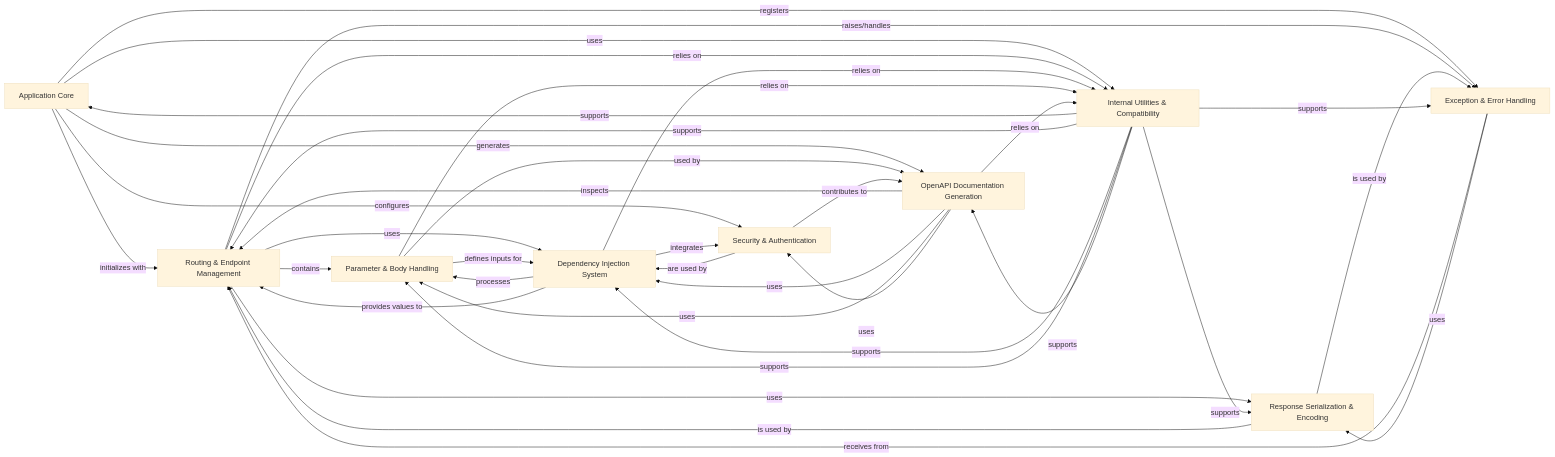
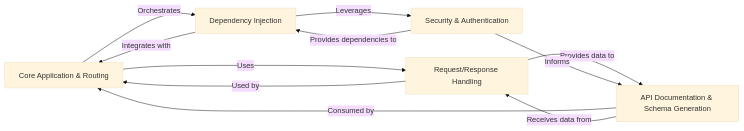
The diagram in fastapi/on_boarding.md (CodeBoarding/GeneratedOnBoardings), drawn with Mermaid (base theme) before and after one commit. The commit also changed other lines of this file and 13 other files, not shown here.

````diff
--- a/fastapi/on_boarding.md
+++ b/fastapi/on_boarding.md
@@ -1,56 +1,22 @@
 ```mermaid
 graph LR
-    Application_Core["Application Core"]
-    Routing_Endpoint_Management["Routing & Endpoint Management"]
-    Dependency_Injection_System["Dependency Injection System"]
-    Parameter_Body_Handling["Parameter & Body Handling"]
+    Core_Application_Routing["Core Application & Routing"]
+    Request_Response_Handling["Request/Response Handling"]
+    Dependency_Injection["Dependency Injection"]
     Security_Authentication["Security & Authentication"]
-    OpenAPI_Documentation_Generation["OpenAPI Documentation Generation"]
-    Response_Serialization_Encoding["Response Serialization & Encoding"]
-    Exception_Error_Handling["Exception & Error Handling"]
-    Internal_Utilities_Compatibility["Internal Utilities & Compatibility"]
-    Application_Core -- "initializes with" --> Routing_Endpoint_Management
-    Application_Core -- "generates" --> OpenAPI_Documentation_Generation
-    Application_Core -- "registers" --> Exception_Error_Handling
-    Application_Core -- "configures" --> Security_Authentication
-    Application_Core -- "uses" --> Internal_Utilities_Compatibility
-    Routing_Endpoint_Management -- "contains" --> Parameter_Body_Handling
-    Routing_Endpoint_Management -- "uses" --> Dependency_Injection_System
-    Routing_Endpoint_Management -- "uses" --> Response_Serialization_Encoding
-    Routing_Endpoint_Management -- "raises/handles" --> Exception_Error_Handling
-    Routing_Endpoint_Management -- "relies on" --> Internal_Utilities_Compatibility
-    Dependency_Injection_System -- "processes" --> Parameter_Body_Handling
-    Dependency_Injection_System -- "integrates" --> Security_Authentication
-    Dependency_Injection_System -- "provides values to" --> Routing_Endpoint_Management
-    Dependency_Injection_System -- "relies on" --> Internal_Utilities_Compatibility
-    Parameter_Body_Handling -- "defines inputs for" --> Dependency_Injection_System
-    Parameter_Body_Handling -- "used by" --> OpenAPI_Documentation_Generation
-    Parameter_Body_Handling -- "relies on" --> Internal_Utilities_Compatibility
-    Security_Authentication -- "are used by" --> Dependency_Injection_System
-    Security_Authentication -- "contributes to" --> OpenAPI_Documentation_Generation
-    OpenAPI_Documentation_Generation -- "inspects" --> Routing_Endpoint_Management
-    OpenAPI_Documentation_Generation -- "uses" --> Dependency_Injection_System
-    OpenAPI_Documentation_Generation -- "uses" --> Parameter_Body_Handling
-    OpenAPI_Documentation_Generation -- "uses" --> Security_Authentication
-    OpenAPI_Documentation_Generation -- "relies on" --> Internal_Utilities_Compatibility
-    Response_Serialization_Encoding -- "is used by" --> Routing_Endpoint_Management
-    Response_Serialization_Encoding -- "is used by" --> Exception_Error_Handling
-    Exception_Error_Handling -- "receives from" --> Routing_Endpoint_Management
-    Exception_Error_Handling -- "uses" --> Response_Serialization_Encoding
-    Internal_Utilities_Compatibility -- "supports" --> Application_Core
-    Internal_Utilities_Compatibility -- "supports" --> Routing_Endpoint_Management
-    Internal_Utilities_Compatibility -- "supports" --> Dependency_Injection_System
-    Internal_Utilities_Compatibility -- "supports" --> Parameter_Body_Handling
-    Internal_Utilities_Compatibility -- "supports" --> OpenAPI_Documentation_Generation
-    Internal_Utilities_Compatibility -- "supports" --> Response_Serialization_Encoding
-    Internal_Utilities_Compatibility -- "supports" --> Exception_Error_Handling
-    click Application_Core href "https://github.com/CodeBoarding/GeneratedOnBoardings/blob/main/fastapi/Application Core.md" "Details"
-    click Routing_Endpoint_Management href "https://github.com/CodeBoarding/GeneratedOnBoardings/blob/main/fastapi/Routing & Endpoint Management.md" "Details"
-    click Dependency_Injection_System href "https://github.com/CodeBoarding/GeneratedOnBoardings/blob/main/fastapi/Dependency Injection System.md" "Details"
-    click Parameter_Body_Handling href "https://github.com/CodeBoarding/GeneratedOnBoardings/blob/main/fastapi/Parameter & Body Handling.md" "Details"
-    click Security_Authentication href "https://github.com/CodeBoarding/GeneratedOnBoardings/blob/main/fastapi/Security & Authentication.md" "Details"
-    click OpenAPI_Documentation_Generation href "https://github.com/CodeBoarding/GeneratedOnBoardings/blob/main/fastapi/OpenAPI Documentation Generation.md" "Details"
-    click Response_Serialization_Encoding href "https://github.com/CodeBoarding/GeneratedOnBoardings/blob/main/fastapi/Response Serialization & Encoding.md" "Details"
-    click Exception_Error_Handling href "https://github.com/CodeBoarding/GeneratedOnBoardings/blob/main/fastapi/Exception & Error Handling.md" "Details"
-    click Internal_Utilities_Compatibility href "https://github.com/CodeBoarding/GeneratedOnBoardings/blob/main/fastapi/Internal Utilities & Compatibility.md" "Details"
+    API_Documentation_Schema_Generation["API Documentation & Schema Generation"]
+    Core_Application_Routing -- "Uses" --> Request_Response_Handling
+    Core_Application_Routing -- "Orchestrates" --> Dependency_Injection
+    Request_Response_Handling -- "Used by" --> Core_Application_Routing
+    Request_Response_Handling -- "Provides data to" --> API_Documentation_Schema_Generation
+    Dependency_Injection -- "Integrates with" --> Core_Application_Routing
+    Dependency_Injection -- "Leverages" --> Security_Authentication
+    Security_Authentication -- "Provides dependencies to" --> Dependency_Injection
+    Security_Authentication -- "Informs" --> API_Documentation_Schema_Generation
+    API_Documentation_Schema_Generation -- "Consumed by" --> Core_Application_Routing
+    API_Documentation_Schema_Generation -- "Receives data from" --> Request_Response_Handling
+    click Request_Response_Handling href "https://github.com/CodeBoarding/GeneratedOnBoardings/blob/main/fastapi/Request_Response_Handling.md" "Details"
+    click Dependency_Injection href "https://github.com/CodeBoarding/GeneratedOnBoardings/blob/main/fastapi/Dependency_Injection.md" "Details"
+    click Security_Authentication href "https://github.com/CodeBoarding/GeneratedOnBoardings/blob/main/fastapi/Security_Authentication.md" "Details"
+    click API_Documentation_Schema_Generation href "https://github.com/CodeBoarding/GeneratedOnBoardings/blob/main/fastapi/API_Documentation_Schema_Generation.md" "Details"
 ```
````
